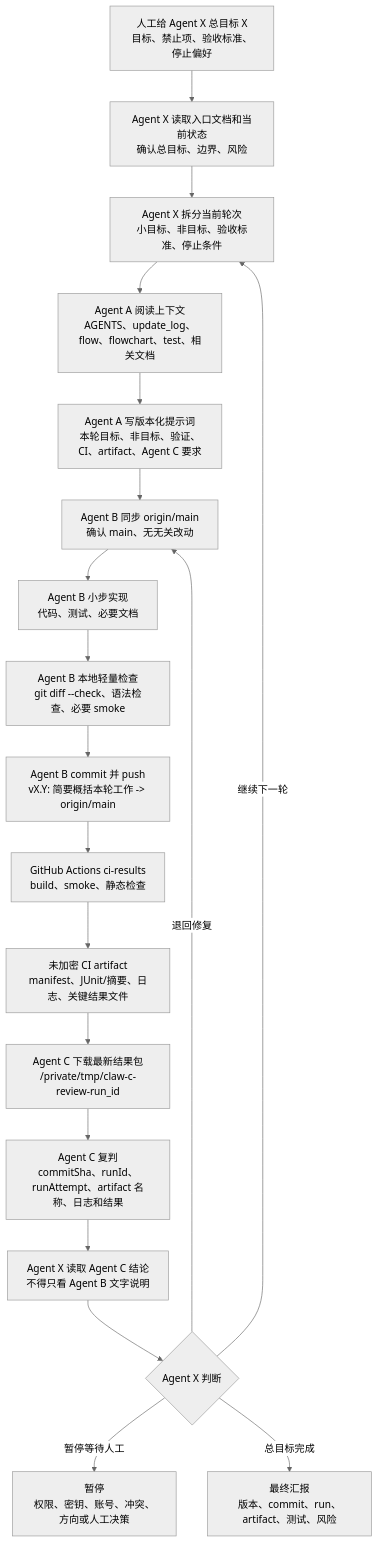
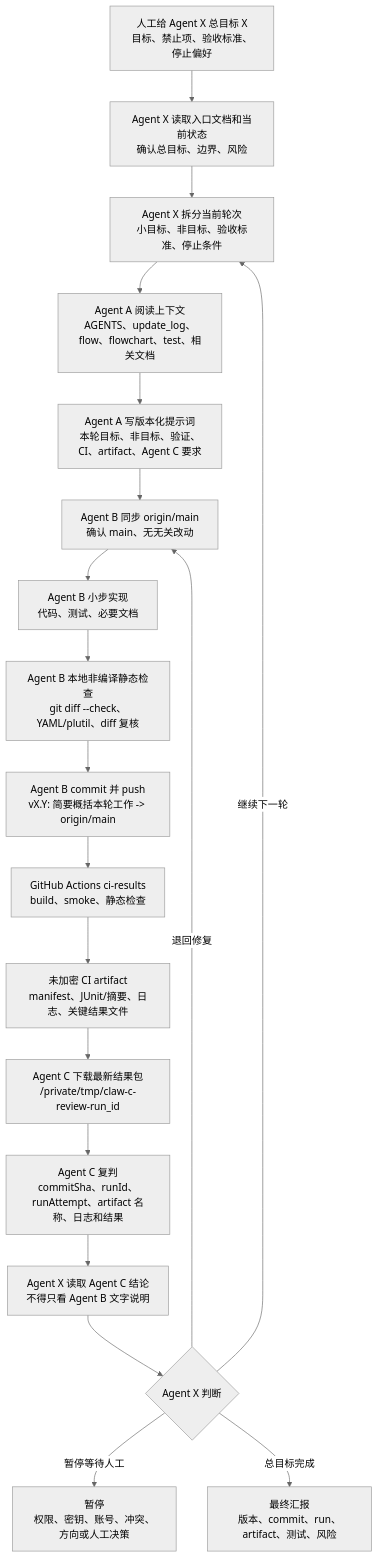
One commit to Altman-sam114/115 changed the third of 3 diagrams in md/flow/flowchart.md. Above: the diagram before and after it, drawn with Mermaid (neutral theme). The commit also changed other lines of this file and 12 other files, not shown here.

Commit message:
v0.40: Mac Agent Evidence Coverage Map 证据覆盖图

````diff
--- a/md/flow/flowchart.md
+++ b/md/flow/flowchart.md
@@ -111,21 +111,21 @@
 ```mermaid
 flowchart TD
   H["人工给 Agent X 总目标 X<br/>目标、禁止项、验收标准、停止偏好"] --> X0["Agent X 读取入口文档和当前状态<br/>确认总目标、边界、风险"]
   X0 --> X1["Agent X 拆分当前轮次<br/>小目标、非目标、验收标准、停止条件"]
   X1 --> A0["Agent A 阅读上下文<br/>AGENTS、update_log、flow、flowchart、test、相关文档"]
   A0 --> A1["Agent A 写版本化提示词<br/>本轮目标、非目标、验证、CI、artifact、Agent C 要求"]
   A1 --> B0["Agent B 同步 origin/main<br/>确认 main、无无关改动"]
   B0 --> B1["Agent B 小步实现<br/>代码、测试、必要文档"]
-  B1 --> B2["Agent B 本地轻量检查<br/>git diff --check、语法检查、必要 smoke"]
+  B1 --> B2["Agent B 本地非编译静态检查<br/>git diff --check、YAML/plutil、diff 复核"]
   B2 --> B3["Agent B commit 并 push<br/>vX.Y: 简要概括本轮工作 -> origin/main"]
   B3 --> CI["GitHub Actions ci-results<br/>build、smoke、静态检查"]
   CI --> ART["未加密 CI artifact<br/>manifest、JUnit/摘要、日志、关键结果文件"]
   ART --> C0["Agent C 下载最新结果包<br/>/private/tmp/claw-c-review-run_id"]
   C0 --> C1["Agent C 复判<br/>commitSha、runId、runAttempt、artifact 名称、日志和结果"]
   C1 --> X2["Agent X 读取 Agent C 结论<br/>不得只看 Agent B 文字说明"]
   X2 --> J{"Agent X 判断"}
   J -->|继续下一轮| X1
   J -->|退回修复| B0
   J -->|暂停等待人工| WAIT["暂停<br/>权限、密钥、账号、冲突、方向或人工决策"]
   J -->|总目标完成| REPORT["最终汇报<br/>版本、commit、run、artifact、测试、风险"]
 ```
````
